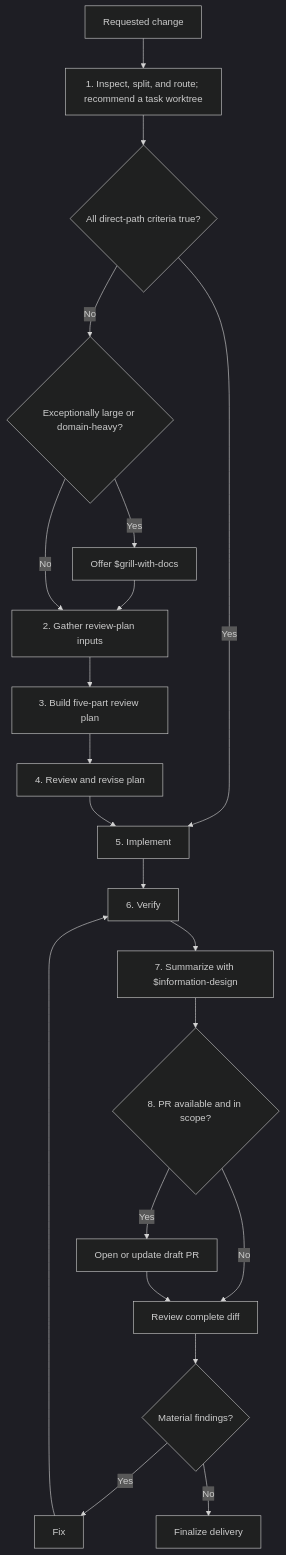
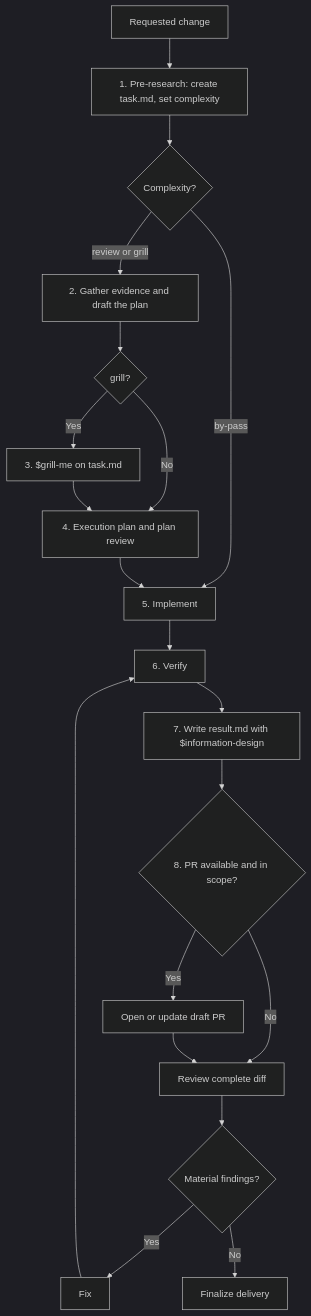
Before and after one commit to zhdanovme/skills: the diagram in dev-task/SKILL.md, drawn with Mermaid (dark theme). The commit also changed other lines of this file and 7 other files, not shown here.

````diff
--- a/dev-task/SKILL.md
+++ b/dev-task/SKILL.md
@@ -22,23 +22,22 @@
 ```mermaid
 flowchart TD
-    A["Requested change"] --> B["1. Inspect, split, and route; recommend a task worktree"]
-    B --> C{"All direct-path criteria true?"}
-    C -->|Yes| D["5. Implement"]
-    C -->|No| Q{"Exceptionally large or domain-heavy?"}
-    Q -->|Yes| R["Offer $grill-with-docs"]
-    R --> E["2. Gather review-plan inputs"]
-    Q -->|No| E
-    E --> F["3. Build five-part review plan"]
-    F --> G["4. Review and revise plan"]
-    G --> D
+    A["Requested change"] --> B["1. Pre-research: create task.md, set complexity"]
+    B --> C{"Complexity?"}
+    C -->|by-pass| D["5. Implement"]
+    C -->|review or grill| E["2. Gather evidence and draft the plan"]
+    E --> Q{"grill?"}
+    Q -->|Yes| R["3. $grill-me on task.md"]
+    Q -->|No| F["4. Execution plan and plan review"]
+    R --> F
+    F --> D
     D --> H["6. Verify"]
-    H --> I["7. Summarize with $information-design"]
+    H --> I["7. Write result.md with $information-design"]
     I --> J{"8. PR available and in scope?"}
     J -->|Yes| K["Open or update draft PR"]
     J -->|No| L["Review complete diff"]
     K --> L
     L --> M{"Material findings?"}
     M -->|Yes| N["Fix"]
     N --> H
     M -->|No| O["Finalize delivery"]
 ```
````
